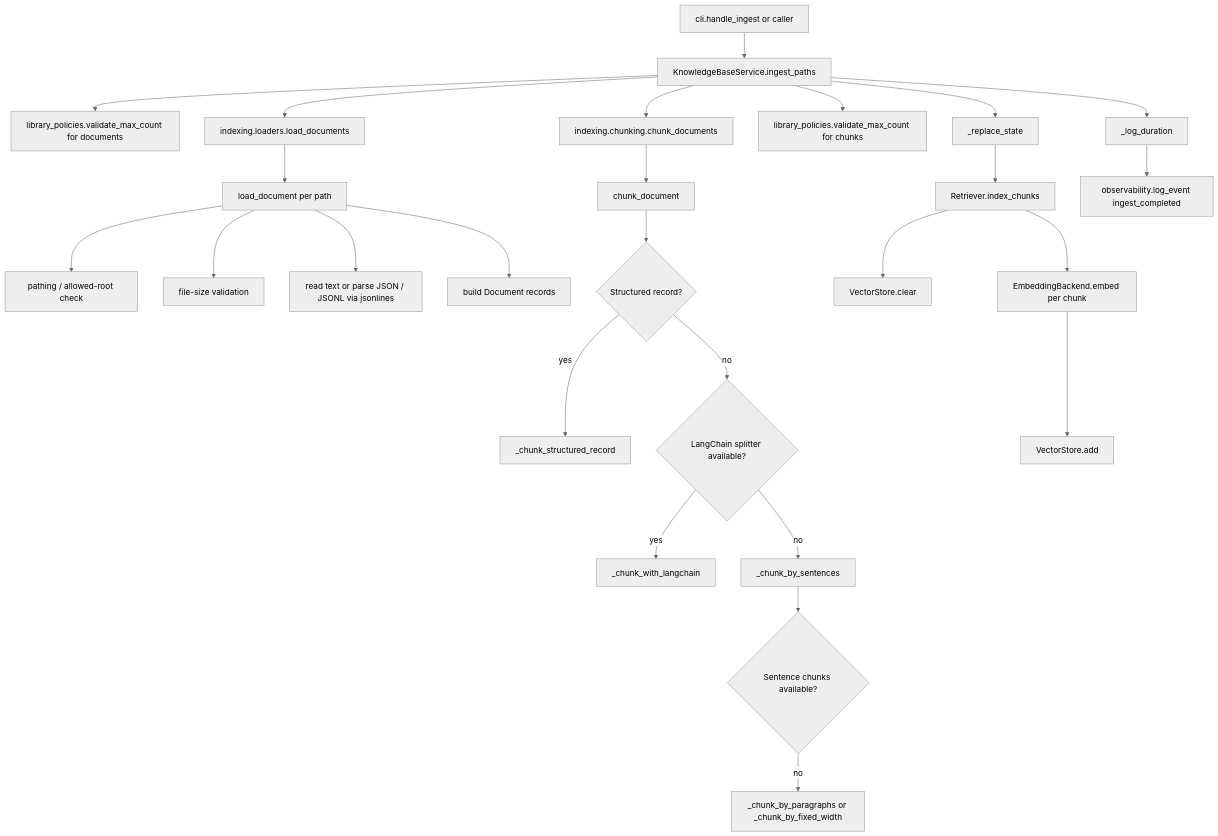
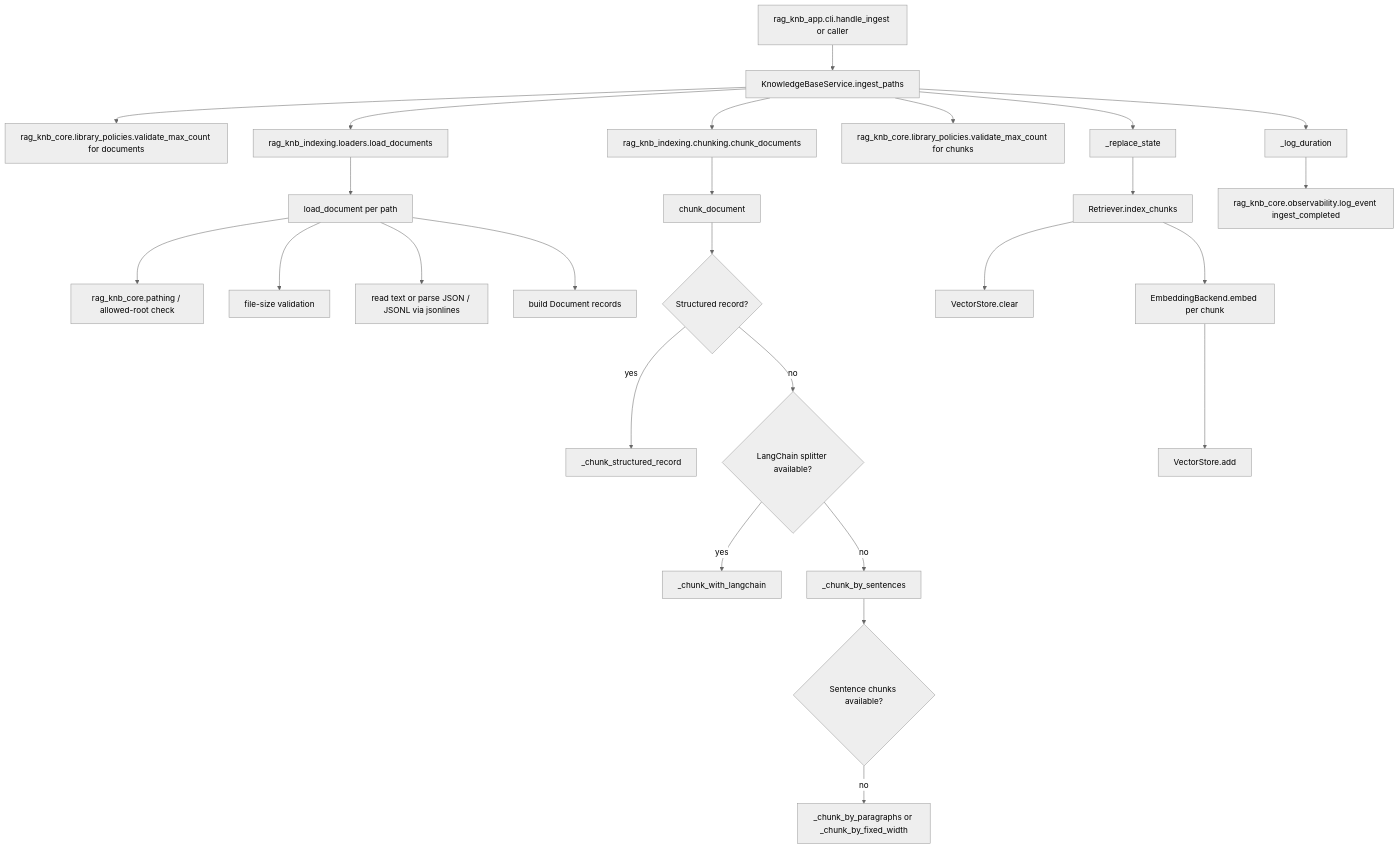
Before and after one commit to OlyaFilatova/ai_projects: the third of 11 diagrams in 02_rag_knowledge_base/diagrams_call.md, drawn with Mermaid (neutral theme). The commit also changed other lines of this file and 79 other files, not shown here.

````diff
--- a/02_rag_knowledge_base/diagrams_call.md
+++ b/02_rag_knowledge_base/diagrams_call.md
@@ -50,28 +50,28 @@
 ```mermaid
 flowchart TD
-    A[cli.handle_ingest or caller] --> B[KnowledgeBaseService.ingest_paths]
-    B --> C[library_policies.validate_max_count for documents]
-    B --> D[indexing.loaders.load_documents]
+    A[rag_knb_app.cli.handle_ingest or caller] --> B[KnowledgeBaseService.ingest_paths]
+    B --> C[rag_knb_core.library_policies.validate_max_count for documents]
+    B --> D[rag_knb_indexing.loaders.load_documents]
     D --> E[load_document per path]
-    E --> F[pathing / allowed-root check]
+    E --> F[rag_knb_core.pathing / allowed-root check]
     E --> G[file-size validation]
     E --> H[read text or parse JSON / JSONL via jsonlines]
     E --> I[build Document records]
-    B --> J[indexing.chunking.chunk_documents]
+    B --> J[rag_knb_indexing.chunking.chunk_documents]
     J --> K[chunk_document]
     K --> L{Structured record?}
     L -->|yes| M[_chunk_structured_record]
     L -->|no| N{LangChain splitter available?}
     N -->|yes| O[_chunk_with_langchain]
     N -->|no| P[_chunk_by_sentences]
     P --> Q{Sentence chunks available?}
     Q -->|no| R[_chunk_by_paragraphs or _chunk_by_fixed_width]
-    B --> S[library_policies.validate_max_count for chunks]
+    B --> S[rag_knb_core.library_policies.validate_max_count for chunks]
     B --> T[_replace_state]
     T --> U[Retriever.index_chunks]
     U --> V[VectorStore.clear]
     U --> W[EmbeddingBackend.embed per chunk]
     W --> X[VectorStore.add]
     B --> Y[_log_duration]
-    Y --> Z[observability.log_event ingest_completed]
+    Y --> Z[rag_knb_core.observability.log_event ingest_completed]
 ```
````
